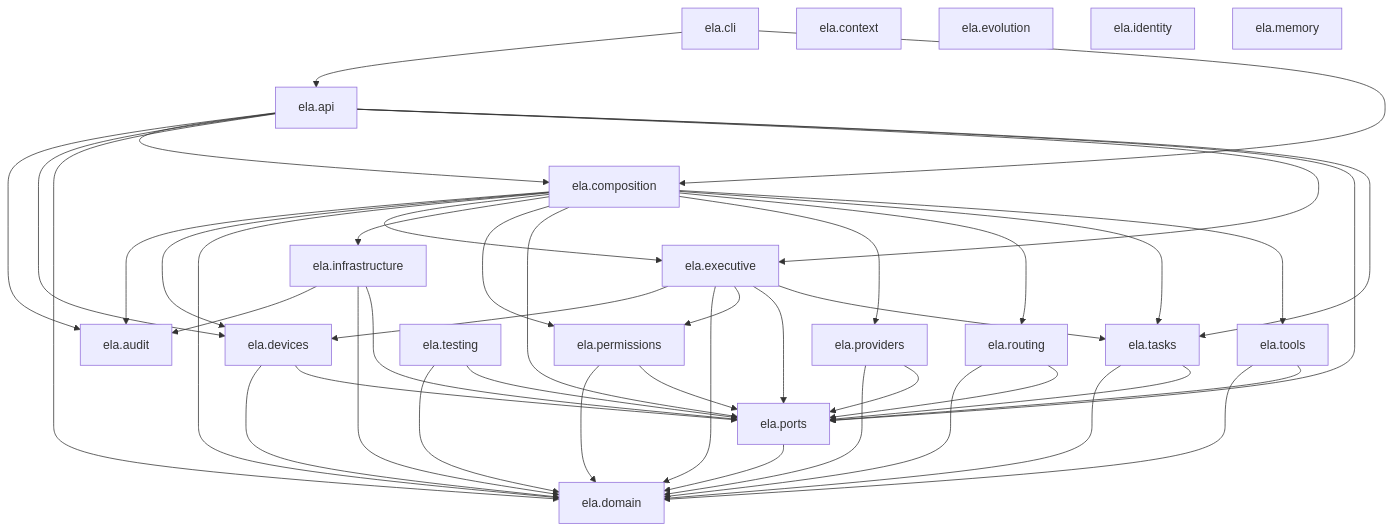
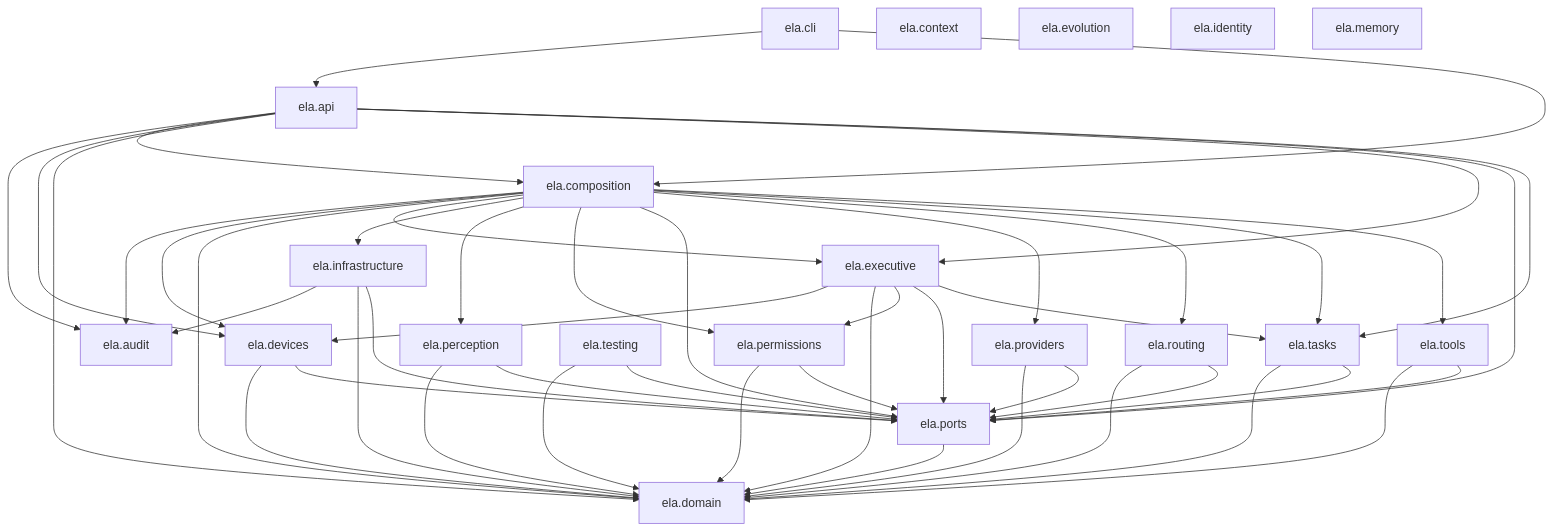
Before and after one commit to silvitommaso10-spec/ELA: the first of 2 diagrams in docs/ARCHITECTURE.md, drawn with Mermaid. The commit also changed 66 other files, not shown here.

````diff
--- a/docs/ARCHITECTURE.md
+++ b/docs/ARCHITECTURE.md
@@ -36,65 +36,69 @@
 ```mermaid
 graph TD
     api[ela.api]
     audit[ela.audit]
     cli[ela.cli]
     composition[ela.composition]
     context[ela.context]
     devices[ela.devices]
     domain[ela.domain]
     evolution[ela.evolution]
     executive[ela.executive]
     identity[ela.identity]
     infrastructure[ela.infrastructure]
     memory[ela.memory]
+    perception[ela.perception]
     permissions[ela.permissions]
     ports[ela.ports]
     providers[ela.providers]
     routing[ela.routing]
     tasks[ela.tasks]
     testing[ela.testing]
     tools[ela.tools]
     api --> audit
     api --> composition
     api --> devices
     api --> domain
     api --> executive
     api --> ports
     api --> tasks
     cli --> api
     cli --> composition
     composition --> audit
     composition --> devices
     composition --> domain
     composition --> executive
     composition --> infrastructure
+    composition --> perception
     composition --> permissions
     composition --> ports
     composition --> providers
     composition --> routing
     composition --> tasks
     composition --> tools
     devices --> domain
     devices --> ports
     executive --> devices
     executive --> domain
     executive --> permissions
     executive --> ports
     executive --> tasks
     infrastructure --> audit
     infrastructure --> domain
     infrastructure --> ports
+    perception --> domain
+    perception --> ports
     permissions --> domain
     permissions --> ports
     ports --> domain
     providers --> domain
     providers --> ports
     routing --> domain
     routing --> ports
     tasks --> domain
     tasks --> ports
     testing --> domain
     testing --> ports
     tools --> domain
     tools --> ports
 ```
````
